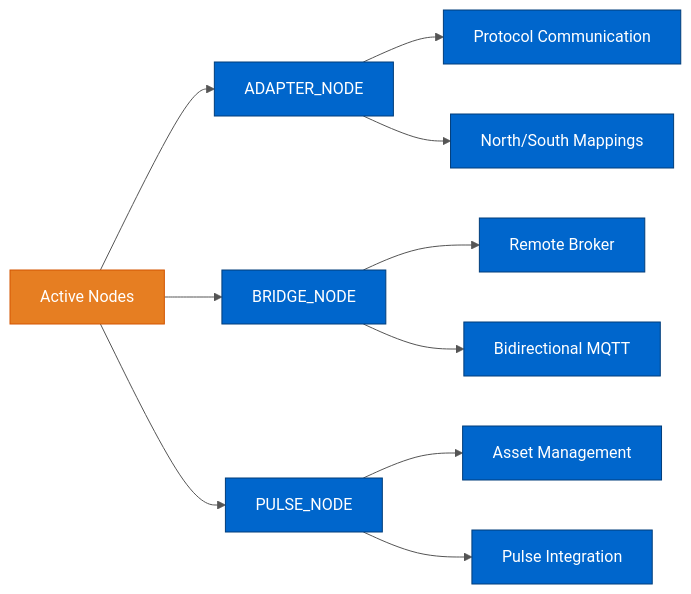
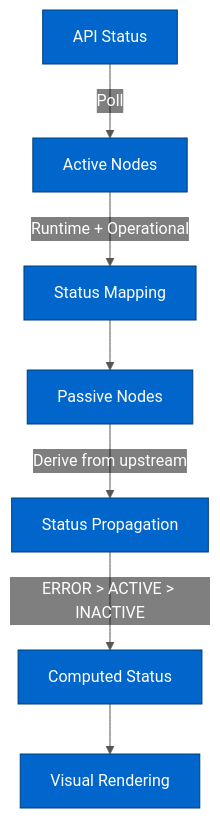
One commit to hivemq/hivemq-edge changed the diagram in hivemq-edge-frontend/docs/architecture/WORKSPACE_ARCHITECTURE.md. Above: the diagram before and after it, drawn with Mermaid. The commit also changed other lines of this file and 90 other files, not shown here.

````diff
--- a/hivemq-edge-frontend/docs/architecture/WORKSPACE_ARCHITECTURE.md
+++ b/hivemq-edge-frontend/docs/architecture/WORKSPACE_ARCHITECTURE.md
@@ -75,33 +171,16 @@
 ```mermaid
 %%{init: {'theme':'base', 'themeVariables': {
   'primaryColor':'#0066CC',
   'primaryTextColor':'#FFFFFF',
   'primaryBorderColor':'#003D7A',
   'edgeLabelBackground':'transparent',
   'lineColor':'#555555'
 }}}%%
-graph LR
-    A[Active Nodes] --> B[ADAPTER_NODE]
-    A --> C[BRIDGE_NODE]
-    A --> D[PULSE_NODE]
-
-    B --> E[Protocol Communication]
-    B --> F[North/South Mappings]
-
-    C --> G[Remote Broker]
-    C --> H[Bidirectional MQTT]
-
-    D --> I[Asset Management]
-    D --> J[Pulse Integration]
-
-    style A fill:#E67E22,stroke:#D35400,color:#FFFFFF
-    style B fill:#0066CC,stroke:#003D7A,color:#FFFFFF
-    style C fill:#0066CC,stroke:#003D7A,color:#FFFFFF
-    style D fill:#0066CC,stroke:#003D7A,color:#FFFFFF
-    style E fill:#0066CC,stroke:#003D7A,color:#FFFFFF
-    style F fill:#0066CC,stroke:#003D7A,color:#FFFFFF
-    style G fill:#0066CC,stroke:#003D7A,color:#FFFFFF
-    style H fill:#0066CC,stroke:#003D7A,color:#FFFFFF
-    style I fill:#0066CC,stroke:#003D7A,color:#FFFFFF
-    style J fill:#0066CC,stroke:#003D7A,color:#FFFFFF
+flowchart TD
+    A[API Status] -->|Poll| B[Active Nodes]
+    B -->|Runtime + Operational| C[Status Mapping]
+    C --> D[Passive Nodes]
+    D -->|Derive from upstream| E[Status Propagation]
+    E -->|ERROR > ACTIVE > INACTIVE| F[Computed Status]
+    F --> G[Visual Rendering]
 ```
````
